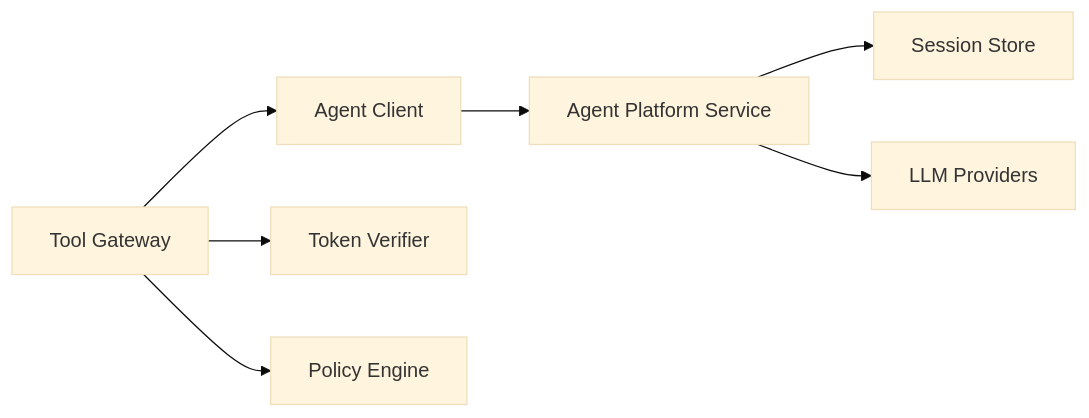
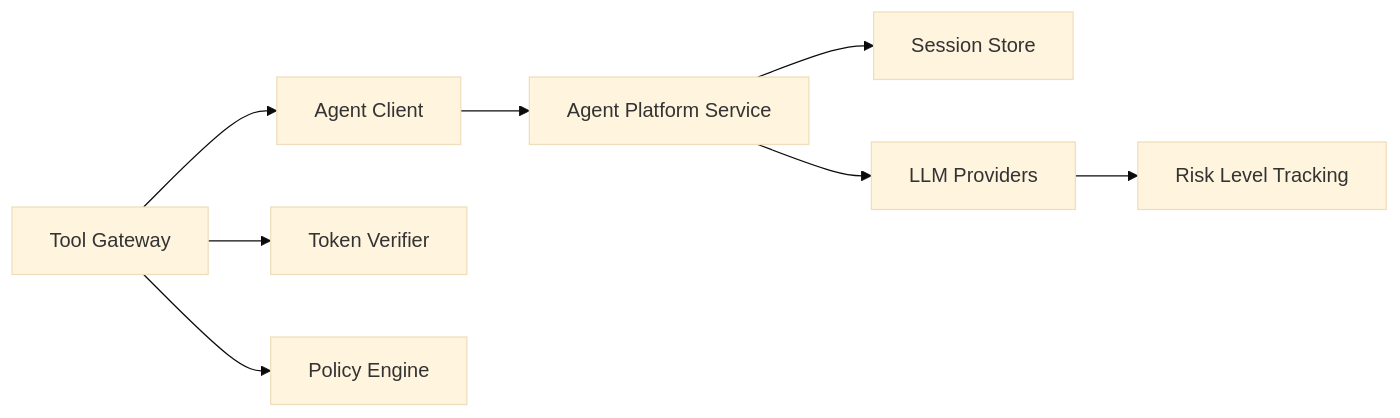
One commit to metasync/luban-aiops changed the sixth of 6 diagrams in .qoder/repowiki/en/content/API Reference/Agent Platform API/Agent Platform API.md. Above: the diagram before and after it, drawn with Mermaid (base theme). The commit also changed other lines of this file and 4 other files, not shown here.

````diff
--- a/.qoder/repowiki/en/content/API Reference/Agent Platform API/Agent Platform API.md
+++ b/.qoder/repowiki/en/content/API Reference/Agent Platform API/Agent Platform API.md
@@ -273,9 +265,10 @@
 ```mermaid
 graph LR
 Gateway["Tool Gateway"] --> AgentClient["Agent Client"]
 Gateway --> TokenVerifier["Token Verifier"]
 Gateway --> PolicyEngine["Policy Engine"]
 AgentClient --> AgentService["Agent Platform Service"]
 AgentService --> SessionStore["Session Store"]
 AgentService --> Providers["LLM Providers"]
+Providers --> RiskLevels["Risk Level Tracking"]
 ```
````
